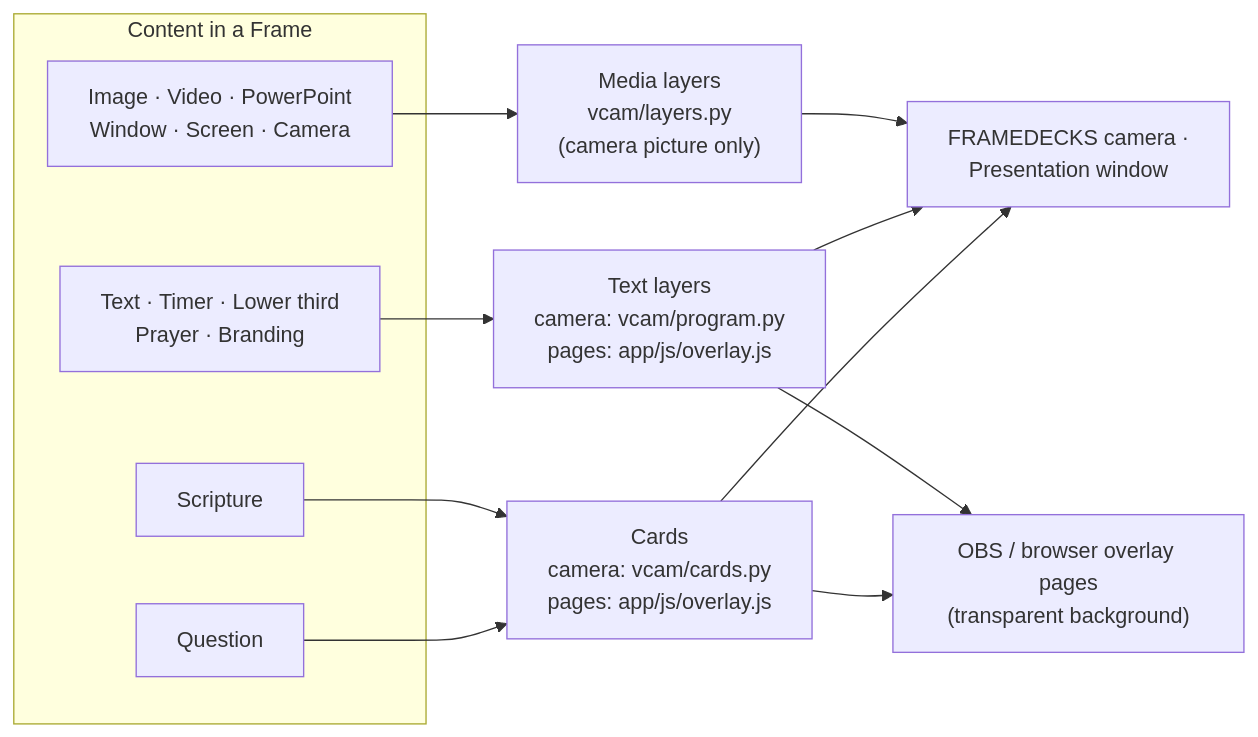
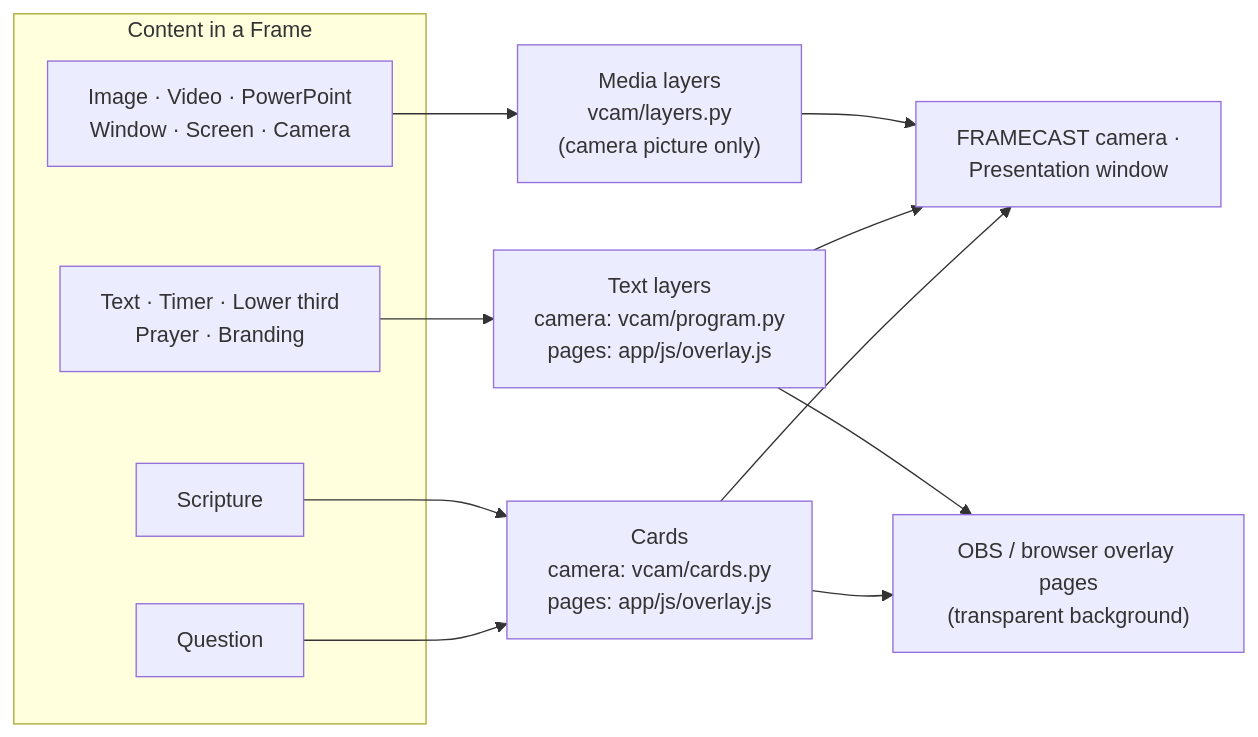
Before and after one commit to mshobin/FrameDecks: the sixth of 8 diagrams in docs/ARCHITECTURE.md, drawn with Mermaid. The commit also changed other lines of this file and 54 other files, not shown here.

First line of the commit message:
Camera named FRAMECAST; release notes build fixed and rewritten

````diff
--- a/docs/ARCHITECTURE.md
+++ b/docs/ARCHITECTURE.md
@@ -198,18 +198,18 @@
 ```mermaid
 flowchart LR
   subgraph Kinds["Content in a Frame"]
     Q["Question"]
     S["Scripture"]
     T["Text · Timer · Lower third<br/>Prayer · Branding"]
     M["Image · Video · PowerPoint<br/>Window · Screen · Camera"]
   end
   Q --> C1["Cards<br/>camera: vcam/cards.py<br/>pages: app/js/overlay.js"]
   S --> C1
   T --> C2["Text layers<br/>camera: vcam/program.py<br/>pages: app/js/overlay.js"]
   M --> C3["Media layers<br/>vcam/layers.py<br/>(camera picture only)"]
-  C1 --> OUT1["FRAMEDECKS camera ·<br/>Presentation window"]
+  C1 --> OUT1["FRAMECAST camera ·<br/>Presentation window"]
   C2 --> OUT1
   C3 --> OUT1
   C1 --> OUT2["OBS / browser overlay pages<br/>(transparent background)"]
   C2 --> OUT2
 ```
````
